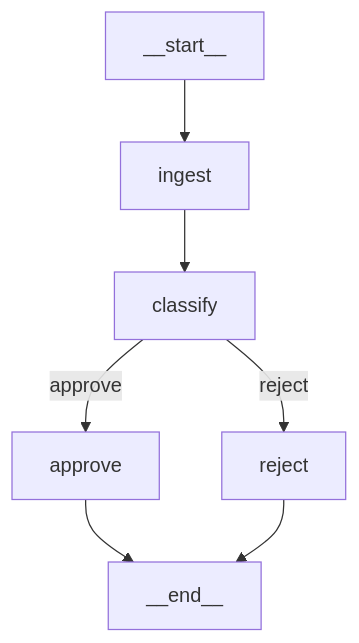
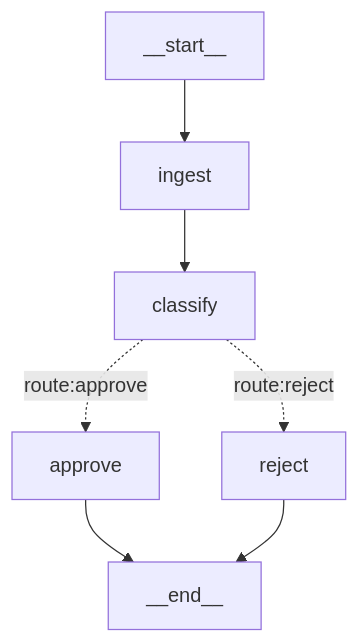
The diagram in docs/graph/mermaid.md (SynapseKit/synapsekit-docs), drawn with Mermaid before and after one commit. The commit also changed other lines of this file and 5 other files, not shown here.

Commit message:
docs: update for v1.4.3 — XMLLoader, DiscordLoader, PythonREPL timeout, Mermaid dashed edges, SQLite async context manager

````diff
--- a/docs/graph/mermaid.md
+++ b/docs/graph/mermaid.md
@@ -43,9 +43,9 @@
 ```mermaid
 flowchart TD
     __start__ --> ingest
     ingest --> classify
-    classify -->|approve| approve
-    classify -->|reject| reject
+    classify -.->|route:approve| approve
+    classify -.->|route:reject| reject
     approve --> __end__
     reject --> __end__
 ```
````
